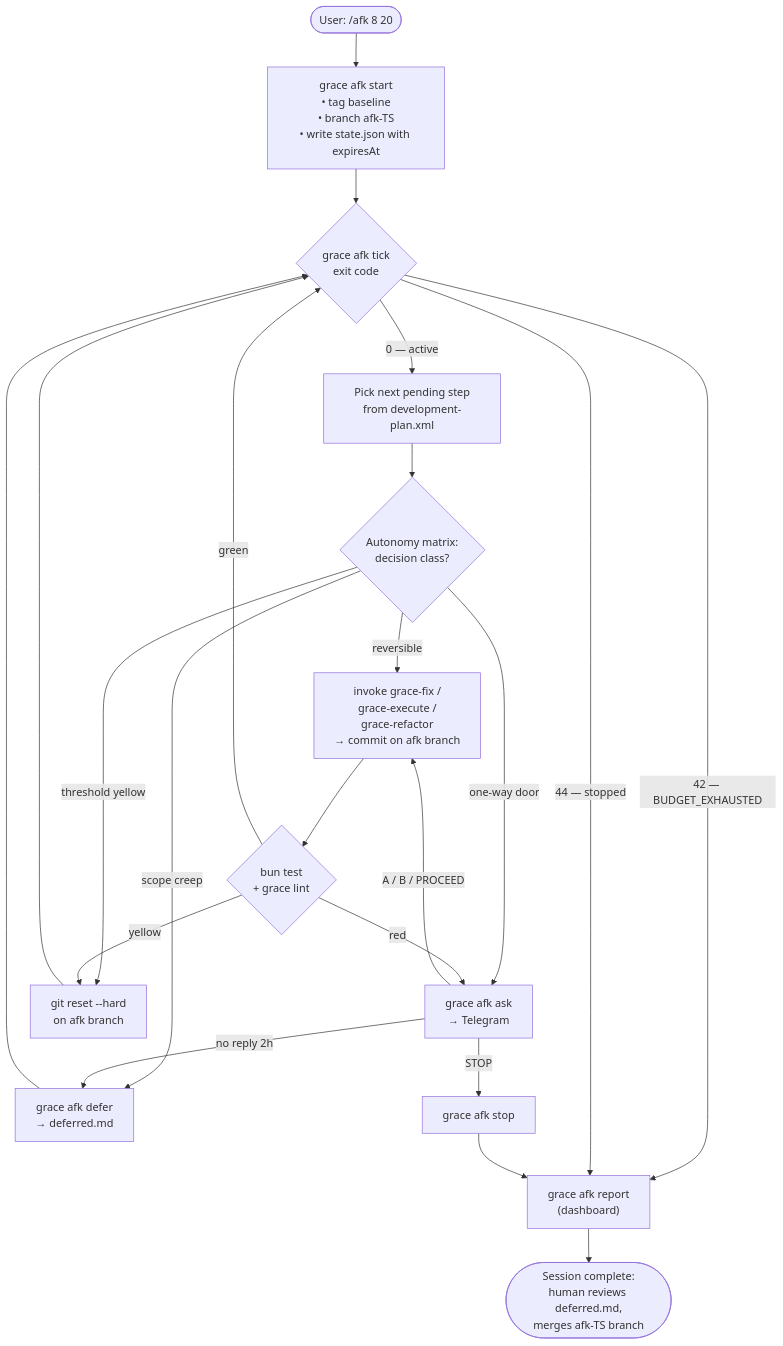
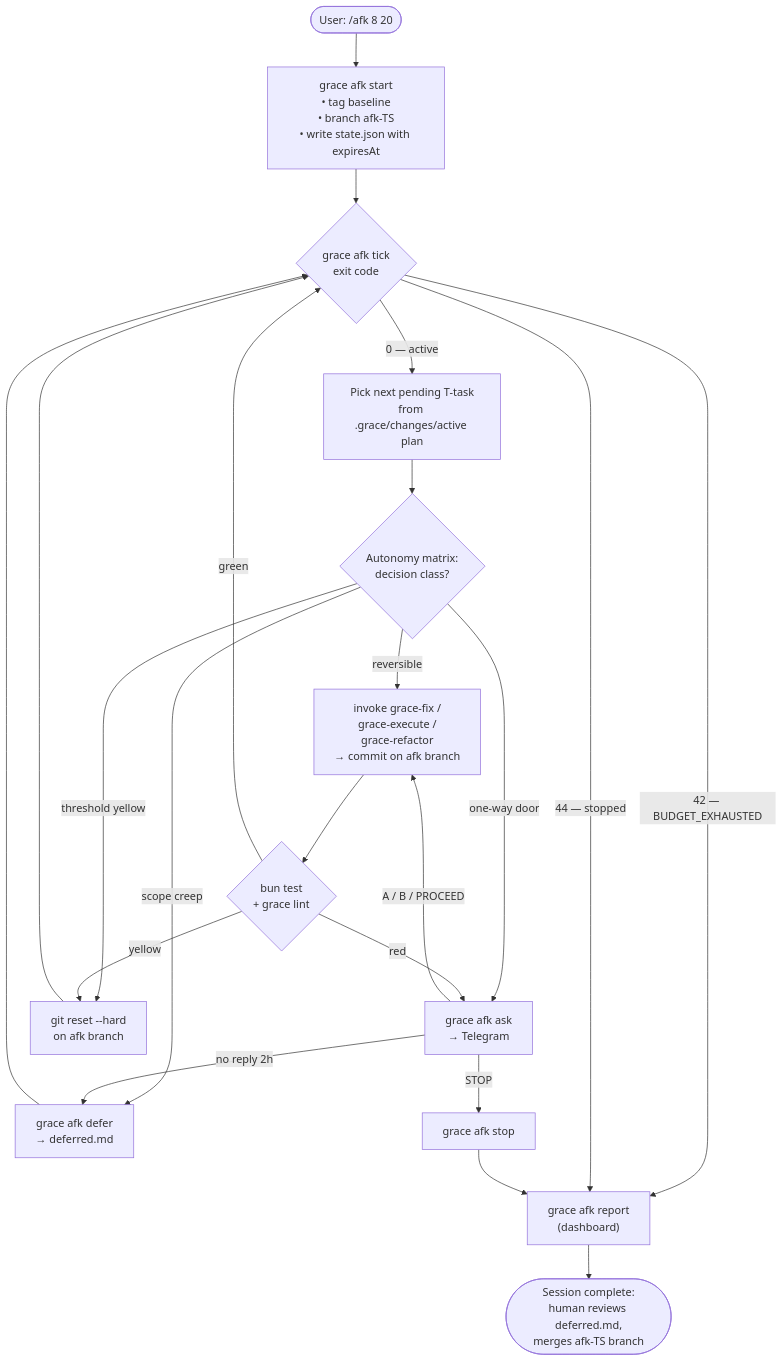
The diagram in README.md (Baho73/grace-marketplace-2), drawn with Mermaid before and after one commit. The commit also changed other lines of this file and 37 other files, not shown here.

````diff
--- a/README.md
+++ b/README.md
@@ -171,31 +171,31 @@
 ```mermaid
 flowchart TD
     Start([User: /afk 8 20]) --> CreateSess["grace afk start<br/>• tag baseline<br/>• branch afk-TS<br/>• write state.json with expiresAt"]
     CreateSess --> Tick{"grace afk tick<br/>exit code"}
 
-    Tick -->|"0 — active"| NextStep["Pick next pending step<br/>from development-plan.xml"]
+    Tick -->|"0 — active"| NextStep["Pick next pending T-task<br/>from .grace/changes/active plan"]
     Tick -->|"42 — BUDGET_EXHAUSTED"| Report["grace afk report<br/>(dashboard)"]
     Tick -->|"44 — stopped"| Report
 
     NextStep --> Classify{"Autonomy matrix:<br/>decision class?"}
 
     Classify -->|"reversible"| Act["invoke grace-fix /<br/>grace-execute /<br/>grace-refactor<br/>→ commit on afk branch"]
     Classify -->|"one-way door"| Ask["grace afk ask<br/>→ Telegram"]
     Classify -->|"scope creep"| Defer["grace afk defer<br/>→ deferred.md"]
     Classify -->|"threshold yellow"| Rollback["git reset --hard<br/>on afk branch"]
 
     Act --> Gates{"bun test<br/>+ grace lint"}
     Gates -->|"green"| Tick
     Gates -->|"yellow"| Rollback
     Gates -->|"red"| Ask
 
     Ask -->|"A / B / PROCEED"| Act
     Ask -->|"STOP"| StopCmd["grace afk stop"]
     Ask -->|"no reply 2h"| Defer
 
     StopCmd --> Report
     Defer --> Tick
     Rollback --> Tick
 
     Report --> End(["Session complete:<br/>human reviews deferred.md,<br/>merges afk-TS branch"])
 ```
````
